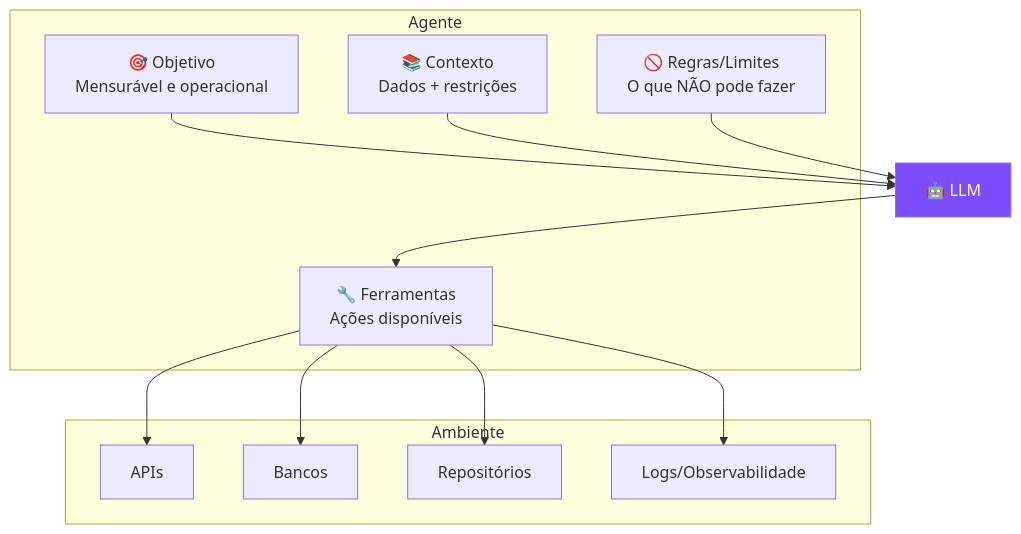
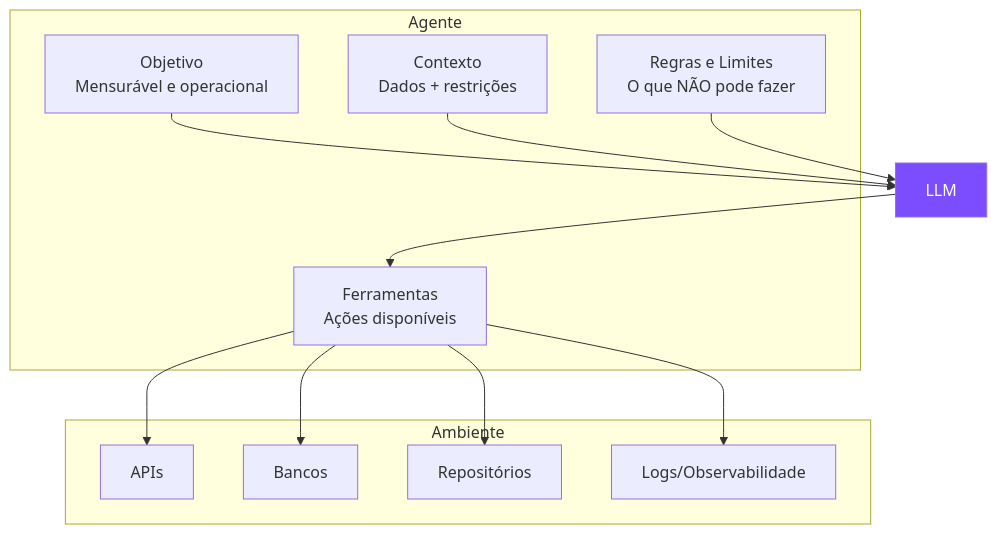
Before and after one commit to IA-para-DEVs-SD/AI4devs: the third of 5 diagrams in docs/bloco2/s01-tools-react.md, drawn with Mermaid. The commit also changed other lines of this file, not shown here.

First line of the commit message:
fix: remove emojis e caracteres especiais dos diagramas Mermaid em B2S01

````diff
--- a/docs/bloco2/s01-tools-react.md
+++ b/docs/bloco2/s01-tools-react.md
@@ -62,23 +62,23 @@
 ```mermaid
 flowchart TD
     subgraph "Agente"
-        OBJ[🎯 Objetivo<br/>Mensurável e operacional]
-        CTX[📚 Contexto<br/>Dados + restrições]
-        TOOLS[🔧 Ferramentas<br/>Ações disponíveis]
-        RULES[🚫 Regras/Limites<br/>O que NÃO pode fazer]
+        OBJ[Objetivo<br/>Mensurável e operacional]
+        CTX[Contexto<br/>Dados + restrições]
+        TOOLS[Ferramentas<br/>Ações disponíveis]
+        RULES[Regras e Limites<br/>O que NÃO pode fazer]
     end
     
     subgraph "Ambiente"
         API[APIs]
         DB[Bancos]
         GIT[Repositórios]
         LOG[Logs/Observabilidade]
     end
     
     TOOLS --> API & DB & GIT
-    OBJ & CTX & RULES --> LLM[🤖 LLM]
+    OBJ & CTX & RULES --> LLM[LLM]
     LLM --> TOOLS
     TOOLS --> LOG
     
     style LLM fill:#7c4dff,color:#fff
 ```
````
